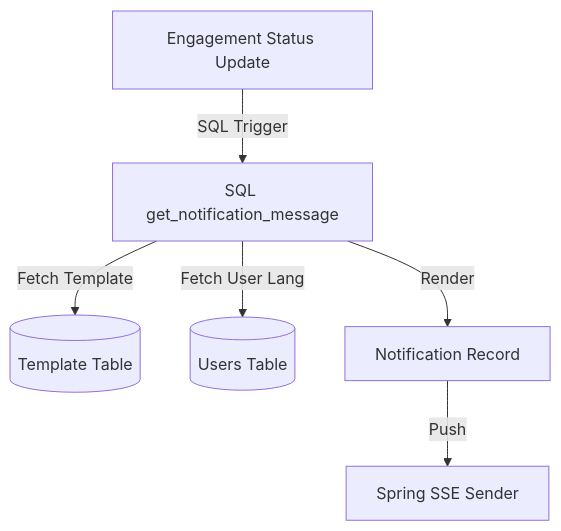
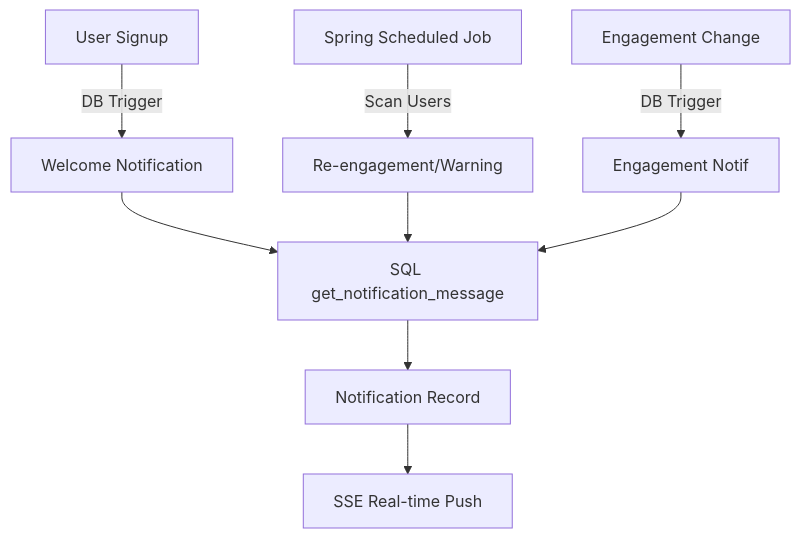
One commit to Abdallah-A-Raafat/Nuralhealer changed the fourth of 4 diagrams in backend/backend/docs/implementation/notifications.md. Above: the diagram before and after it, drawn with Mermaid. The commit also changed other lines of this file and 9 other files, not shown here.

First line of the commit message:
Implement user activity notification lifecycle

````diff
--- a/backend/backend/docs/implementation/notifications.md
+++ b/backend/backend/docs/implementation/notifications.md
@@ -436,8 +438,11 @@
 ```mermaid
 graph TD
-    TriggerSource[Engagement Status Update] -- SQL Trigger --> Engine[SQL get_notification_message]
-    Engine -- Fetch Template --> DB_Templates[(Template Table)]
-    Engine -- Fetch User Lang --> DB_Users[(Users Table)]
-    Engine -- Render --> Final[Notification Record]
-    Final -- Push --> SseRegistry[Spring SSE Sender]
+    Signup[User Signup] -- DB Trigger --> Welcome[Welcome Notification]
+    DailyJob[Spring Scheduled Job] -- Scan Users --> Inactivity[Re-engagement/Warning]
+    StatusUpdate[Engagement Change] -- DB Trigger --> Engagement[Engagement Notif]
+    Welcome --> Render[SQL get_notification_message]
+    Inactivity --> Render
+    Engagement --> Render
+    Render --> Final[Notification Record]
+    Final --> Push[SSE Real-time Push]
 ```
````
